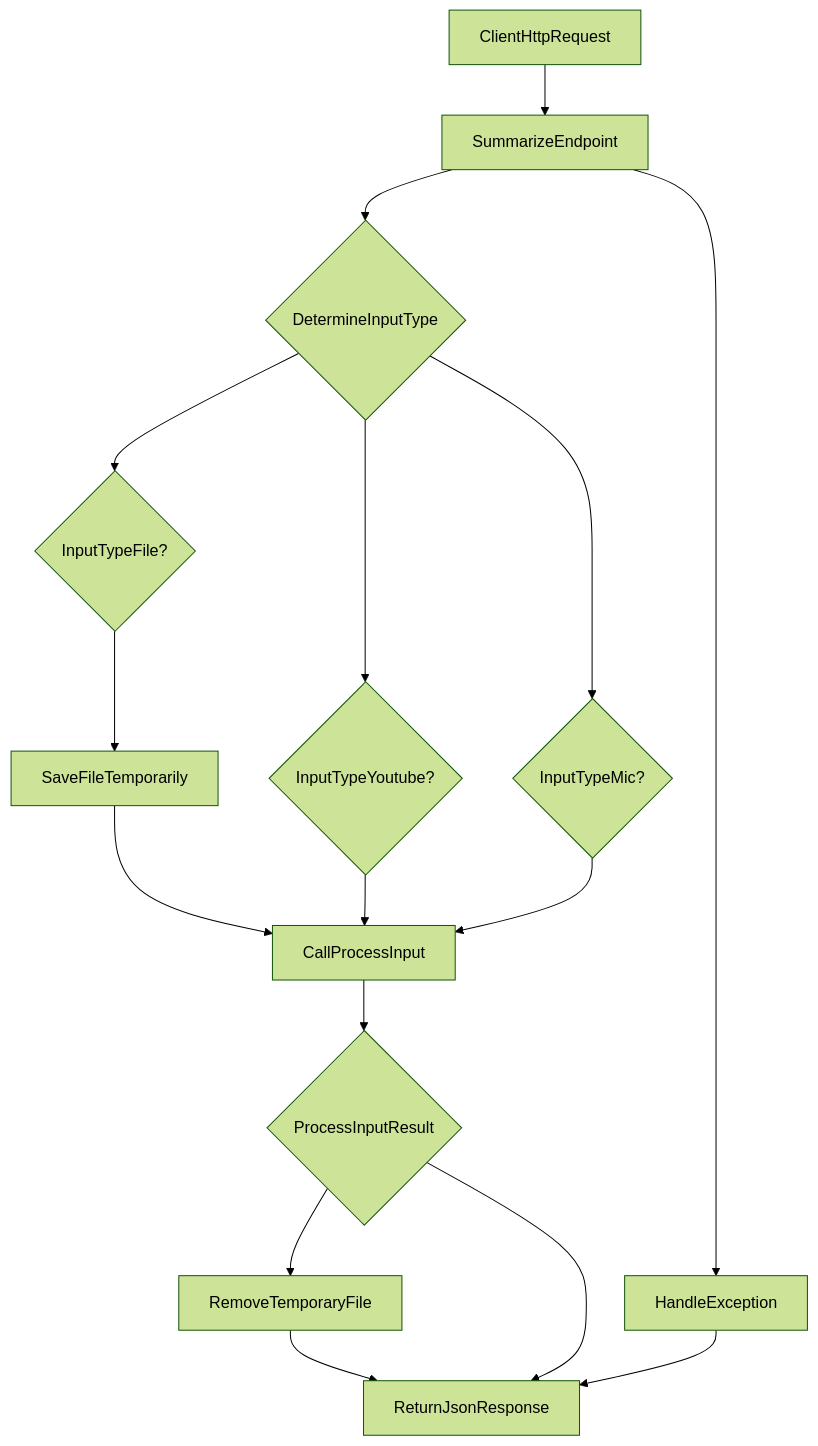
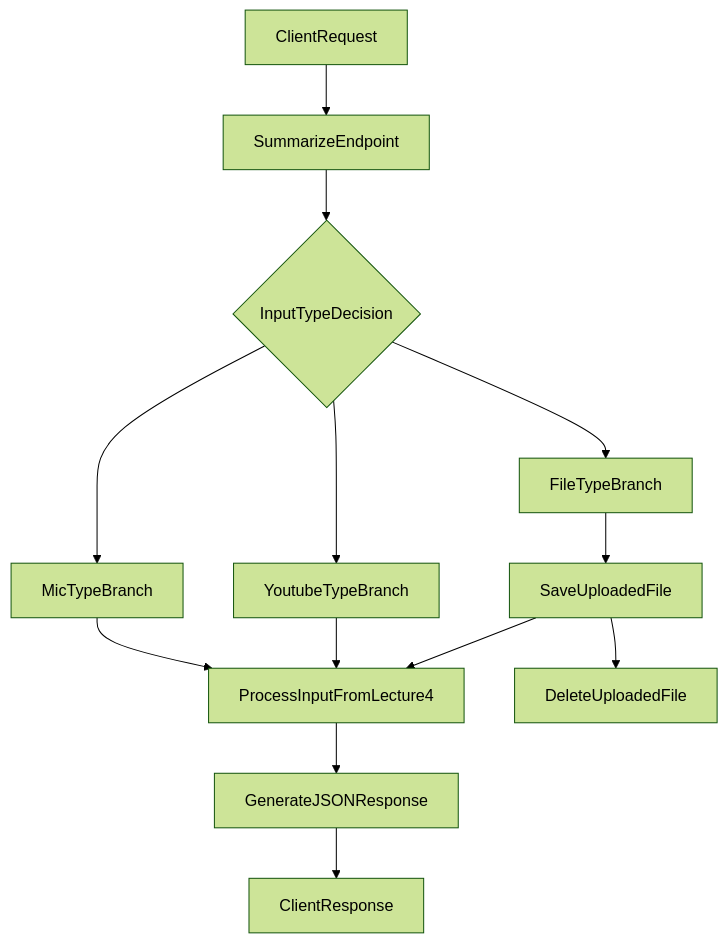
Before and after one commit to test-company-prowiz/Note-Summerizer: the diagram in docs/server.py.md, drawn with Mermaid (forest theme). The commit also changed other lines of this file, not shown here.

````diff
--- a/docs/server.py.md
+++ b/docs/server.py.md
@@ -53,18 +48,15 @@
 ```mermaid
 graph TD
-A[ClientHttpRequest] --> B[SummarizeEndpoint]
-B --> C{DetermineInputType}
-C --> D1{InputTypeFile?}
-C --> D2{InputTypeYoutube?}
-C --> D3{InputTypeMic?}
-D1 --> E1[SaveFileTemporarily]
-E1 --> F[CallProcessInput]
-D2 --> F[CallProcessInput]
-D3 --> F[CallProcessInput]
-F --> G{ProcessInputResult}
-G --> H1[RemoveTemporaryFile]
-H1 --> I[ReturnJsonResponse]
-G --> I[ReturnJsonResponse]
-B --> J[HandleException]
-J --> I[ReturnJsonResponse]
+A[ClientRequest] --> B[SummarizeEndpoint]
+B[SummarizeEndpoint] --> C{InputTypeDecision}
+C --> D1[FileTypeBranch]
+C --> D2[YoutubeTypeBranch]
+C --> D3[MicTypeBranch]
+D1 --> E[SaveUploadedFile]
+E --> F[ProcessInputFromLecture4]
+D2 --> F[ProcessInputFromLecture4]
+D3 --> F[ProcessInputFromLecture4]
+F --> G[GenerateJSONResponse]
+E --> H[DeleteUploadedFile]
+G --> I[ClientResponse]
 ```
````
